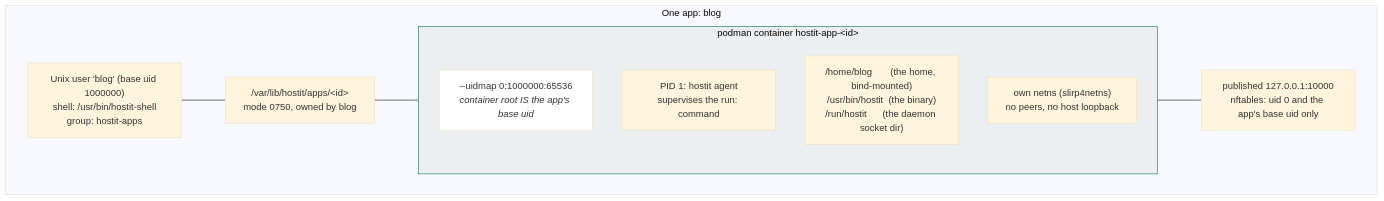
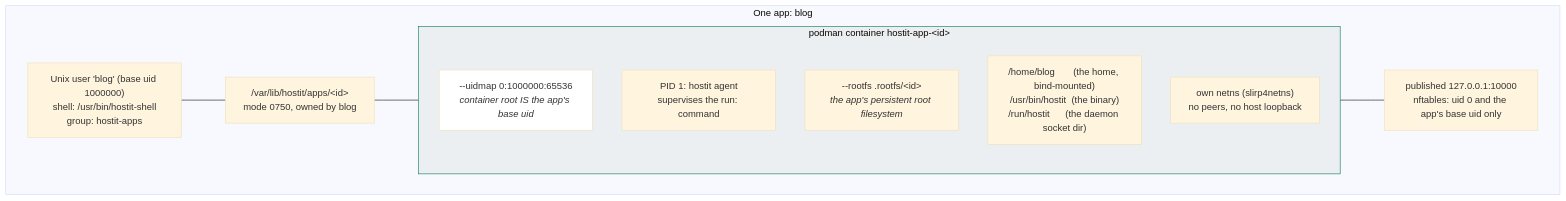
One commit to binwiederhier/hostit changed the diagram in docs/architecture/isolation.md. Above: the diagram before and after it, drawn with Mermaid (base theme). The commit also changed other lines of this file and 20 other files, not shown here.

````diff
--- a/docs/architecture/isolation.md
+++ b/docs/architecture/isolation.md
@@ -9,24 +9,25 @@
 ```mermaid
 flowchart TB
     subgraph one["One app: blog"]
         user["Unix user 'blog' (base uid 1000000)<br/>shell: /usr/bin/hostit-shell<br/>group: hostit-apps"]
         home["/var/lib/hostit/apps/&lt;id&gt;<br/>mode 0750, owned by blog"]
 
         subgraph container["podman container hostit-app-&lt;id&gt;"]
             direction TB
             idmap["--uidmap 0:1000000:65536<br/><i>container root IS the app's base uid</i>"]
             pid1["PID 1: hostit agent<br/>supervises the run: command"]
+            rootfs["--rootfs .rootfs/&lt;id&gt;<br/><i>the app's persistent root filesystem</i>"]
             mounts["/home/blog       (the home, bind-mounted)<br/>/usr/bin/hostit  (the binary)<br/>/run/hostit      (the daemon socket dir)"]
             net["own netns (slirp4netns)<br/>no peers, no host loopback"]
         end
 
         port["published 127.0.0.1:10000<br/>nftables: uid 0 and the app's base uid only"]
     end
 
     user --- home
     home --- container
     container --- port
 
     style container fill:#eceff1,stroke:#047857
     style idmap fill:#fff
 ```
````
